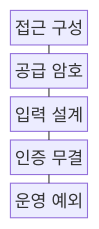
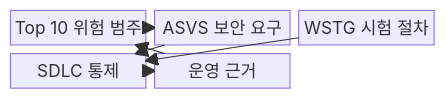
Before and after one commit to agnusdei1207/knowledge-base: the first of 2 diagrams in src/content/docs/notes/05-security/045_owasp_top_10.md, drawn with Mermaid. The commit also changed other lines of this file and 20 other files, not shown here.

````diff
--- a/src/content/docs/notes/05-security/045_owasp_top_10.md
+++ b/src/content/docs/notes/05-security/045_owasp_top_10.md
@@ -56,13 +54,14 @@
 ```mermaid
 block-beta
-  columns 1
-  A["접근 구성"]
-  B["공급 암호"]
-  C["입력 설계"]
-  D["인증 무결"]
-  E["운영 예외"]
-  A --- B
-  B --- C
-  C --- D
-  D --- E
+  columns 3
+  A["Top 10 위험 범주"]
+  B["ASVS 보안 요구"]
+  C["WSTG 시험 절차"]
+  D["SDLC 통제"]
+  E["운영 근거"]
+  A --> B
+  B --> D
+  C --> D
+  D --> E
+  E --> A
 ```
````
